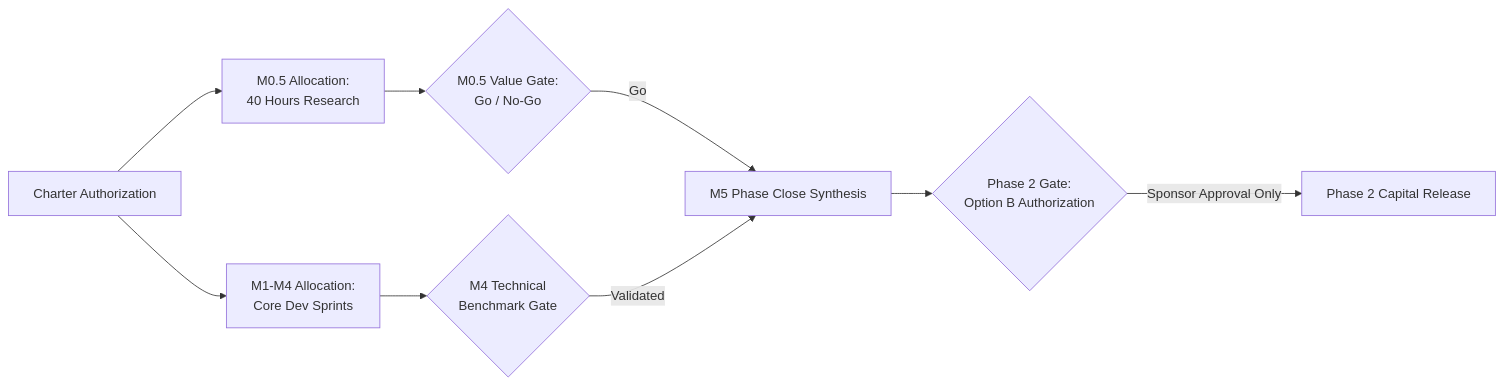
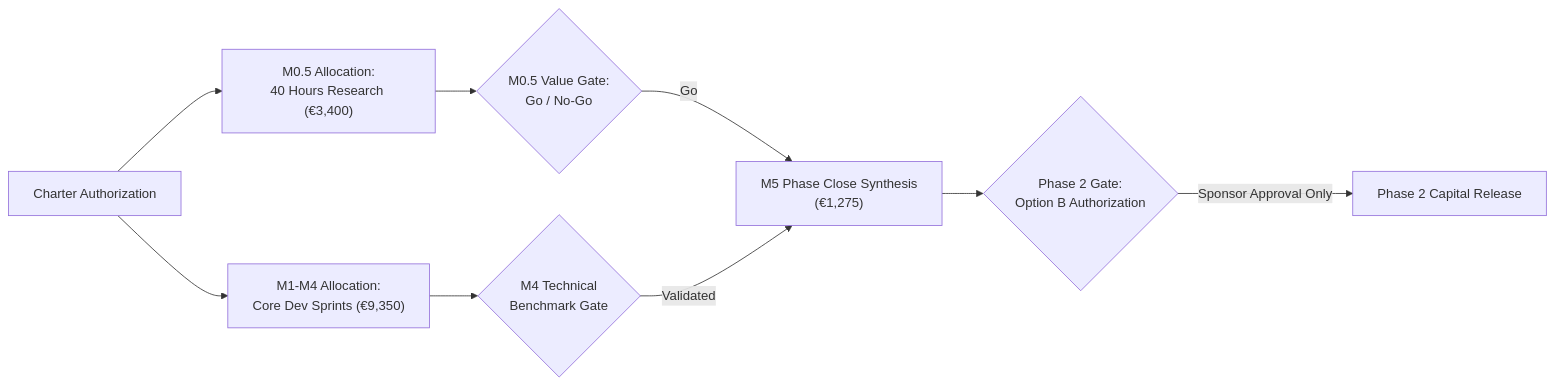
The diagram in docs/project-docs/management-plans/Cost-Management-Plan.md (mdresch/agent-learning), drawn with Mermaid before and after one commit. The commit also changed other lines of this file and 62 other files, not shown here.

````diff
--- a/docs/project-docs/management-plans/Cost-Management-Plan.md
+++ b/docs/project-docs/management-plans/Cost-Management-Plan.md
@@ -82,14 +93,14 @@
 ```mermaid
 flowchart LR
-    C0["Charter Authorization"] --> M05_ALLOC["M0.5 Allocation:<br/>40 Hours Research"]
-    C0 --> M14_ALLOC["M1-M4 Allocation:<br/>Core Dev Sprints"]
+    C0["Charter Authorization"] --> M05_ALLOC["M0.5 Allocation:<br/>40 Hours Research (€3,400)"]
+    C0 --> M14_ALLOC["M1-M4 Allocation:<br/>Core Dev Sprints (€9,350)"]
     
     M05_ALLOC --> GATE{"M0.5 Value Gate:<br/>Go / No-Go"}
     M14_ALLOC --> EVAL{"M4 Technical<br/>Benchmark Gate"}
     
-    GATE -->|Go| M5_ALLOC["M5 Phase Close Synthesis"]
+    GATE -->|Go| M5_ALLOC["M5 Phase Close Synthesis<br/>(€1,275)"]
     EVAL -->|Validated| M5_ALLOC
     
     M5_ALLOC --> P2_GATE{"Phase 2 Gate:<br/>Option B Authorization"}
     P2_GATE -->|Sponsor Approval Only| P2_FUNDS["Phase 2 Capital Release"]
 ```
````
